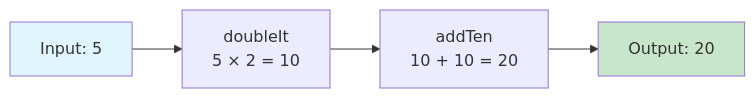
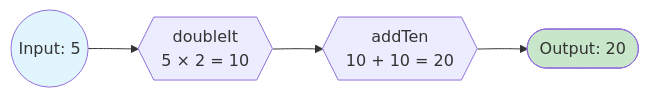
The second of 4 diagrams in docs/java/FunctionalProgramming.md (saivamsikaruturi/vamsilabs-dev-notes-main), drawn with Mermaid before and after one commit. The commit also changed other lines of this file and 146 other files, not shown here.

Commit message:
Horizontal diagrams, UML class diagrams, typography overhaul, and permalink cleanup

````diff
--- a/docs/java/FunctionalProgramming.md
+++ b/docs/java/FunctionalProgramming.md
@@ -155,8 +155,8 @@
 ```mermaid
-graph LR
-    A["Input: 5"] --> B["doubleIt<br/>5 × 2 = 10"]
-    B --> C["addTen<br/>10 + 10 = 20"]
-    C --> D["Output: 20"]
+flowchart LR
+    A(("Input: 5")) --> B{{"doubleIt<br/>5 × 2 = 10"}}
+    B --> C{{"addTen<br/>10 + 10 = 20"}}
+    C --> D(["Output: 20"])
     style A fill:#e1f5fe
     style D fill:#c8e6c9
 ```
````
